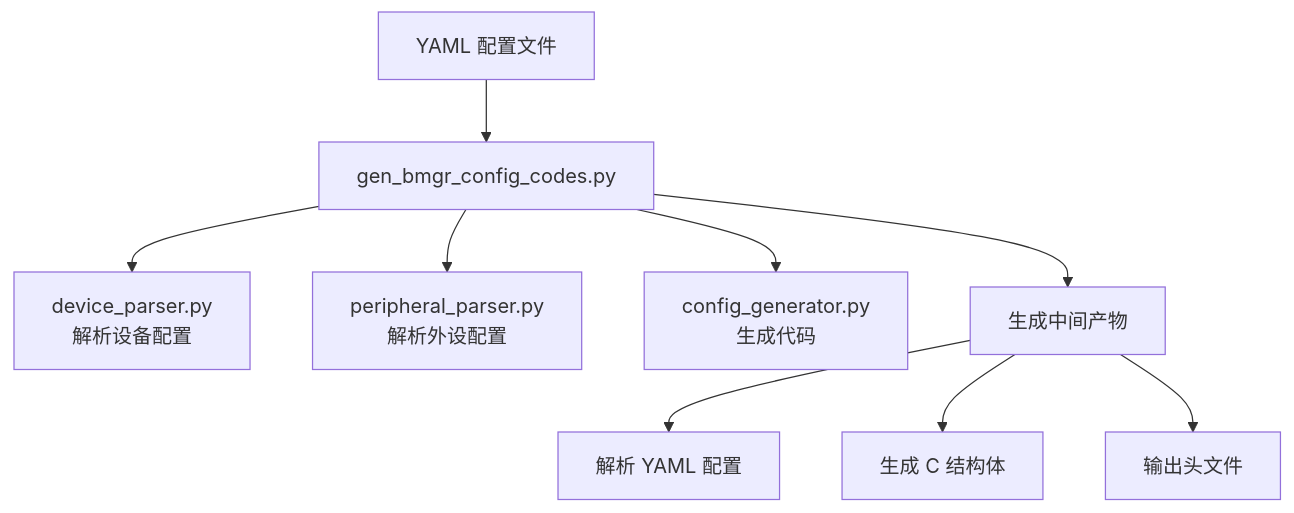
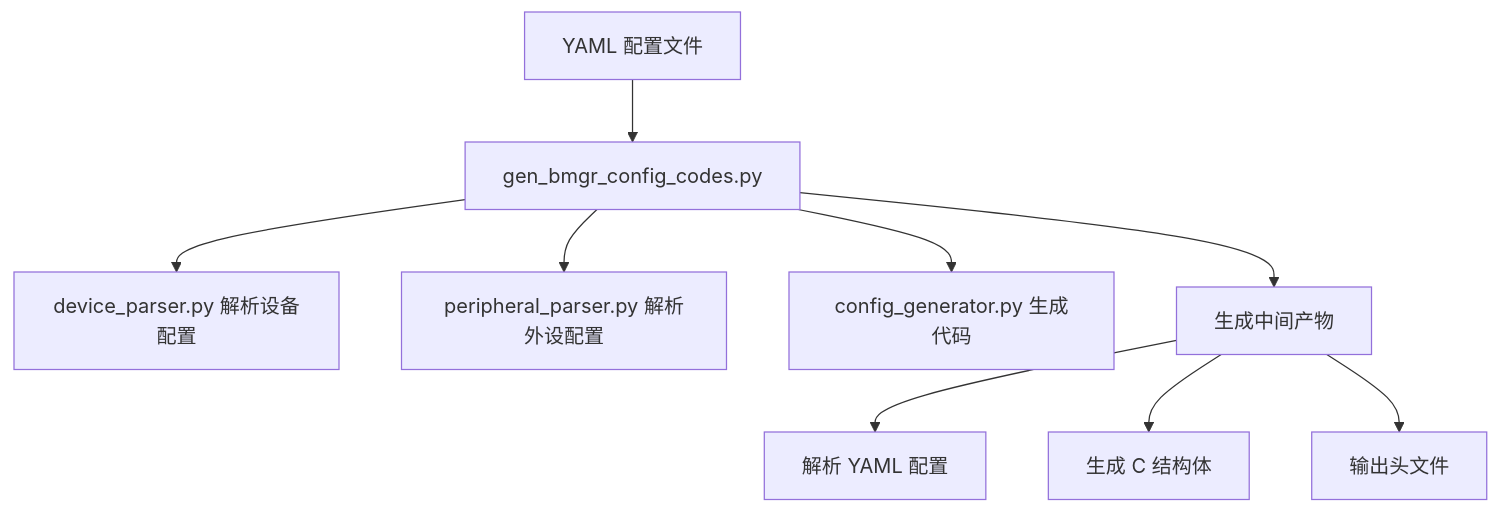
Before and after one commit to diskman88/gmf_board_manager_docs: the third of 9 diagrams in index.md, drawn with Mermaid. The commit also changed other lines of this file, not shown here.

````diff
--- a/index.md
+++ b/index.md
@@ -99,11 +99,11 @@
 ```mermaid
 flowchart TD
     A[YAML 配置文件] --> B[gen_bmgr_config_codes.py]
-    B --> B1[device_parser.py\n解析设备配置]
-    B --> B2[peripheral_parser.py\n解析外设配置]
-    B --> B3[config_generator.py\n生成代码]
+    B --> B1[device_parser.py 解析设备配置]
+    B --> B2[peripheral_parser.py 解析外设配置]
+    B --> B3[config_generator.py 生成代码]
     B --> C[生成中间产物]
     C --> C1[解析 YAML 配置]
     C --> C2[生成 C 结构体]
     C --> C3[输出头文件]
 ```
````
